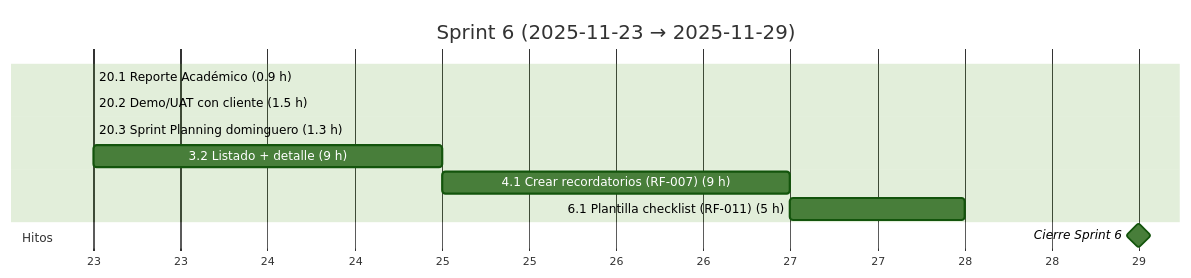
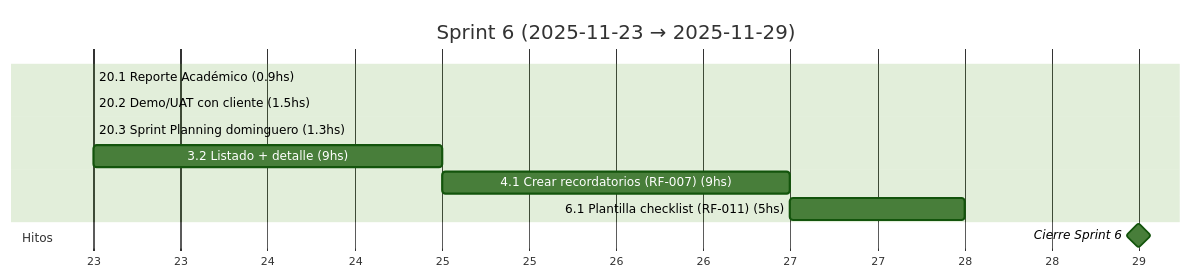
Before and after one commit to MarkMed/FleetMan: the seventh of 17 diagrams in docs/SprintsGantts.md, drawn with Mermaid (forest theme). The commit also changed other lines of this file, not shown here.

Commit message:
Update Gantt chart documentation to standardize time format from hours to hours (hs)

````diff
--- a/docs/SprintsGantts.md
+++ b/docs/SprintsGantts.md
@@ -177,18 +176,18 @@
 ```mermaid
 gantt
   title Sprint 6 (2025-11-23 → 2025-11-29)
   dateFormat  YYYY-MM-DD
   axisFormat  %d
 
   %% Asumimos 5 h/día. Horas estimadas incluidas en el nombre.
 
-  20.1 Reporte Académico (0.9 h)               :t201, 2025-11-23, 0.2d
-  20.2 Demo/UAT con cliente (1.5 h)            :t202, after t201, 0.3d
-  20.3 Sprint Planning dominguero (1.3 h)      :t203, after t202, 0.3d
-  3.2 Listado + detalle (9 h)                  :t32, after t203, 1.8d
-  4.1 Crear recordatorios (RF-007) (9 h)       :t41, after t32, 1.8d
-  6.1 Plantilla checklist (RF-011) (5 h)       :t61, after t41, 1d
+  20.1 Reporte Académico (0.9hs)               :t201, 2025-11-23, 0.2d
+  20.2 Demo/UAT con cliente (1.5hs)            :t202, after t201, 0.3d
+  20.3 Sprint Planning dominguero (1.3hs)      :t203, after t202, 0.3d
+  3.2 Listado + detalle (9hs)                  :t32, after t203, 1.8d
+  4.1 Crear recordatorios (RF-007) (9hs)       :t41, after t32, 1.8d
+  6.1 Plantilla checklist (RF-011) (5hs)       :t61, after t41, 1d
 
   section Hitos
   Cierre Sprint 6                              :milestone, s6, 2025-11-29, 0d
 ```
````
